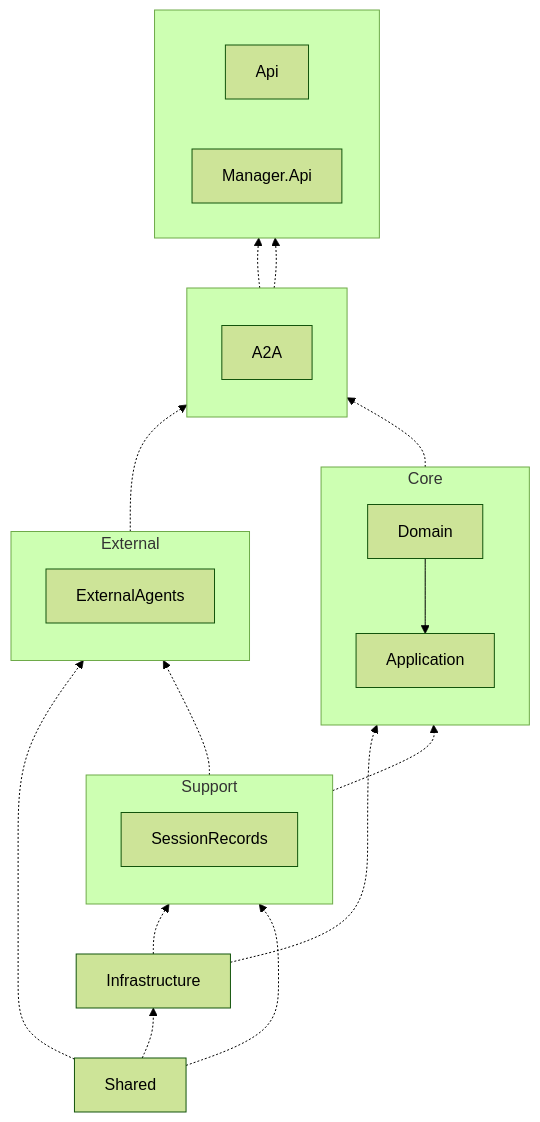
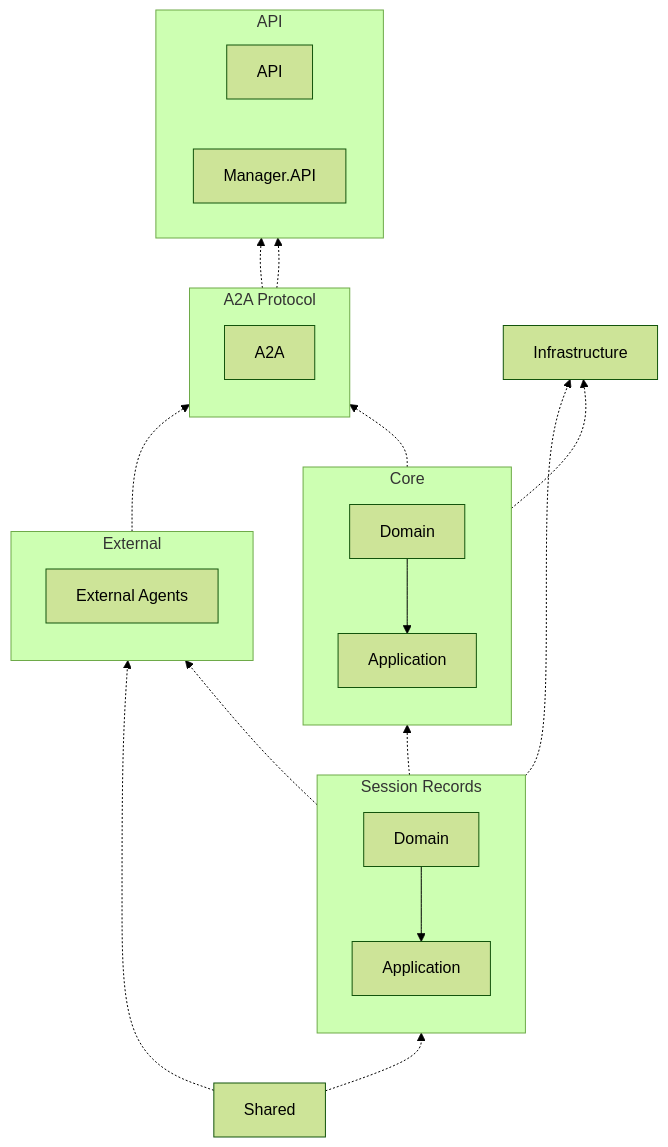
Before and after one commit to zxyao145/agw: the diagram in src/backend/README.md, drawn with Mermaid (forest theme). The commit also changed other lines of this file and 34 other files, not shown here.

````diff
--- a/src/backend/README.md
+++ b/src/backend/README.md
@@ -23,55 +5,67 @@
 ```mermaid
 flowchart BT
 
-%% standalone
+%% ========= Nodes (shared foundations) =========
 infra[Infrastructure]
 shared[Shared]
 
-%% groups
-subgraph API[" "]
+%% ========= API Layer =========
+subgraph API["API"]
   direction LR
-  api[Api]
-  mgr[Manager.Api]
+  api[API]
+  mgr[Manager.API]
 end
 
-subgraph A2ABox[" "]
+%% ========= A2A Gateway =========
+subgraph A2ABox["A2A Protocol"]
   direction TB
   a2a[A2A]
 end
 
+%% ========= Core =========
 subgraph Core["Core"]
   direction TB
+  dom[Domain]
   app[Application]
-  dom[Domain]
   dom --> app
 end
 
+%% ========= External =========
 subgraph External["External"]
   direction TB
-  extAgents[ExternalAgents]
+  extAgents[External Agents]
 end
 
-subgraph Support["Support"]
+%% ========= Session Records =========
+subgraph SessionRecords["Session Records"]
   direction TB
-  sess[SessionRecords]
+  sessDom[Domain]
+  sessApp[Application]
+  sessDom --> sessApp
 end
 
-%% dashed dependencies
+%% ========= Relationships =========
+
+%% A2A talks to API (integration / boundary dependency)
 a2a -.-> api
 a2a -.-> mgr
 
-app -.-> A2ABox
-External -.-> A2ABox
+%% Core uses A2A
+app -.-> a2a
 
-infra -.-> Core
-infra -.-> Support
+%% External agents connect via A2A
+extAgents -.-> a2a
 
-shared -.-> Support
-shared -.-> infra
+%% Infrastructure dependencies
+app -.-> infra
+sessApp -.-> infra
+
+%% Shared components reused by modules
+shared -.-> SessionRecords
 shared -.-> External
 
-Support -.-> Core
-Support -.-> External
-
+%% SessionRecords supports Core and External
+SessionRecords -.-> Core
+SessionRecords -.-> External
 
 ```
````
